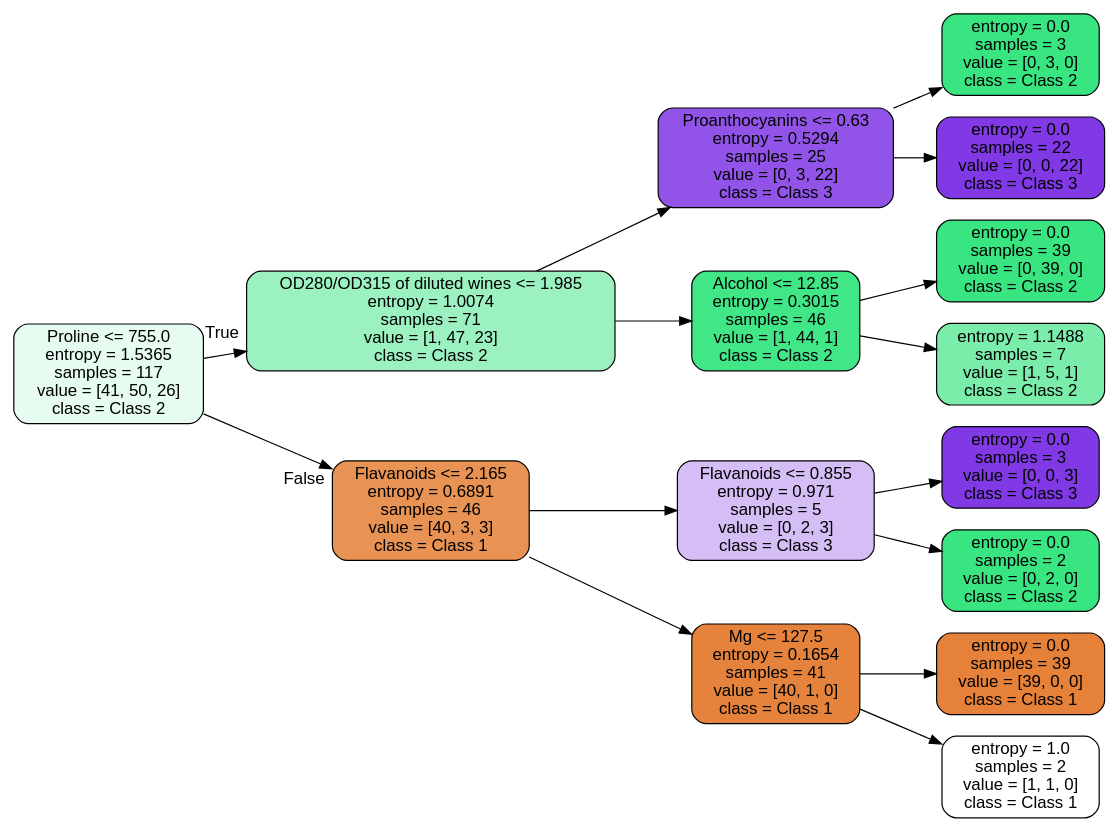
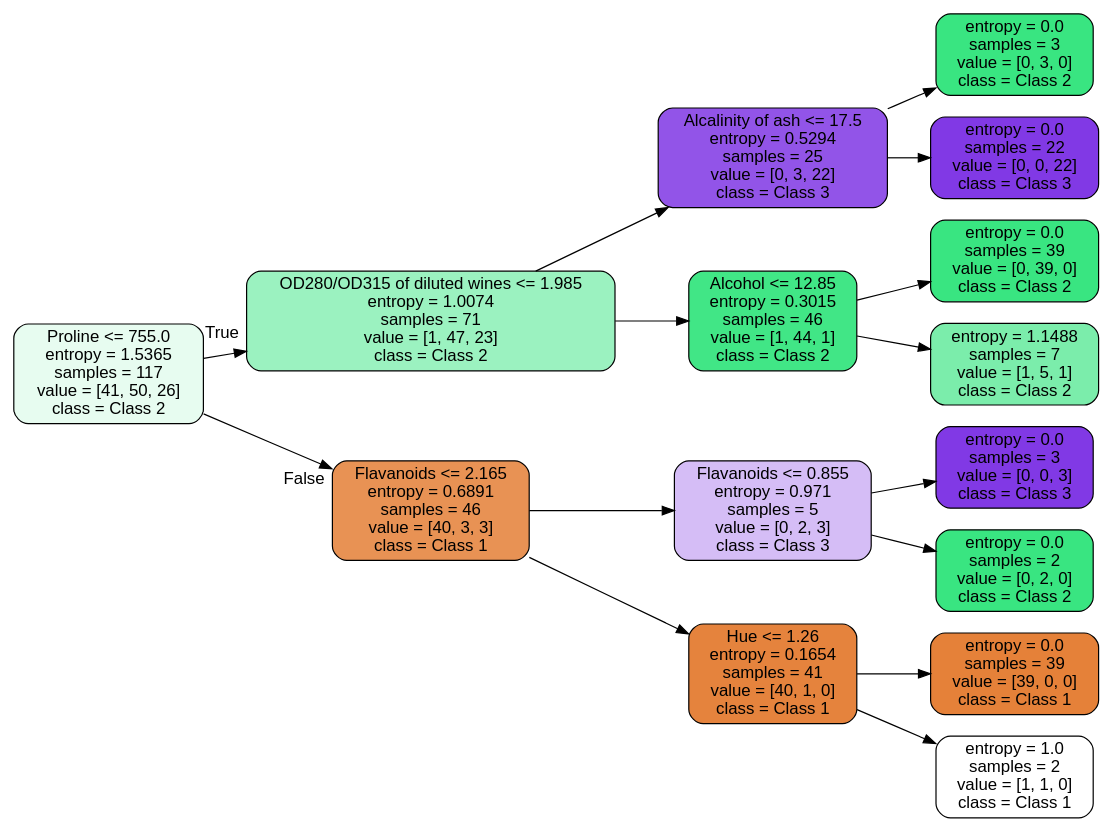
Before and after one commit to MattTriano/Advanced_Data_Mining: the diagram in assns/wine_tree.dot, drawn with Graphviz. The commit also changed 2 other files, not shown here.

```diff
--- a/assns/wine_tree.dot
+++ b/assns/wine_tree.dot
@@ -1,34 +1,34 @@
 digraph Tree {
 node [shape=box, style="filled, rounded", color="black", fontname=helvetica] ;
 edge [fontname=helvetica] ;
 rankdir=LR ;
 0 [label="Proline <= 755.0\nentropy = 1.5365\nsamples = 117\nvalue = [41, 50, 26]\nclass = Class 2", fillcolor="#39e5811e"] ;
 1 [label="OD280/OD315 of diluted wines <= 1.985\nentropy = 1.0074\nsamples = 71\nvalue = [1, 47, 23]\nclass = Class 2", fillcolor="#39e58180"] ;
 0 -> 1 [labeldistance=2.5, labelangle=-45, headlabel="True"] ;
-2 [label="Proanthocyanins <= 0.63\nentropy = 0.5294\nsamples = 25\nvalue = [0, 3, 22]\nclass = Class 3", fillcolor="#8139e5dc"] ;
+2 [label="Alcalinity of ash <= 17.5\nentropy = 0.5294\nsamples = 25\nvalue = [0, 3, 22]\nclass = Class 3", fillcolor="#8139e5dc"] ;
 1 -> 2 ;
 3 [label="entropy = 0.0\nsamples = 3\nvalue = [0, 3, 0]\nclass = Class 2", fillcolor="#39e581ff"] ;
 2 -> 3 ;
 4 [label="entropy = 0.0\nsamples = 22\nvalue = [0, 0, 22]\nclass = Class 3", fillcolor="#8139e5ff"] ;
 2 -> 4 ;
 5 [label="Alcohol <= 12.85\nentropy = 0.3015\nsamples = 46\nvalue = [1, 44, 1]\nclass = Class 2", fillcolor="#39e581f4"] ;
 1 -> 5 ;
 6 [label="entropy = 0.0\nsamples = 39\nvalue = [0, 39, 0]\nclass = Class 2", fillcolor="#39e581ff"] ;
 5 -> 6 ;
 7 [label="entropy = 1.1488\nsamples = 7\nvalue = [1, 5, 1]\nclass = Class 2", fillcolor="#39e581aa"] ;
 5 -> 7 ;
 8 [label="Flavanoids <= 2.165\nentropy = 0.6891\nsamples = 46\nvalue = [40, 3, 3]\nclass = Class 1", fillcolor="#e58139db"] ;
 0 -> 8 [labeldistance=2.5, labelangle=45, headlabel="False"] ;
 9 [label="Flavanoids <= 0.855\nentropy = 0.971\nsamples = 5\nvalue = [0, 2, 3]\nclass = Class 3", fillcolor="#8139e555"] ;
 8 -> 9 ;
 10 [label="entropy = 0.0\nsamples = 3\nvalue = [0, 0, 3]\nclass = Class 3", fillcolor="#8139e5ff"] ;
 9 -> 10 ;
 11 [label="entropy = 0.0\nsamples = 2\nvalue = [0, 2, 0]\nclass = Class 2", fillcolor="#39e581ff"] ;
 9 -> 11 ;
-12 [label="Mg <= 127.5\nentropy = 0.1654\nsamples = 41\nvalue = [40, 1, 0]\nclass = Class 1", fillcolor="#e58139f9"] ;
+12 [label="Hue <= 1.26\nentropy = 0.1654\nsamples = 41\nvalue = [40, 1, 0]\nclass = Class 1", fillcolor="#e58139f9"] ;
 8 -> 12 ;
 13 [label="entropy = 0.0\nsamples = 39\nvalue = [39, 0, 0]\nclass = Class 1", fillcolor="#e58139ff"] ;
 12 -> 13 ;
 14 [label="entropy = 1.0\nsamples = 2\nvalue = [1, 1, 0]\nclass = Class 1", fillcolor="#e5813900"] ;
 12 -> 14 ;
 }
```
